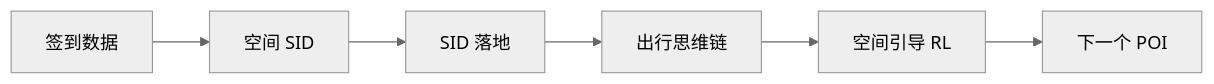
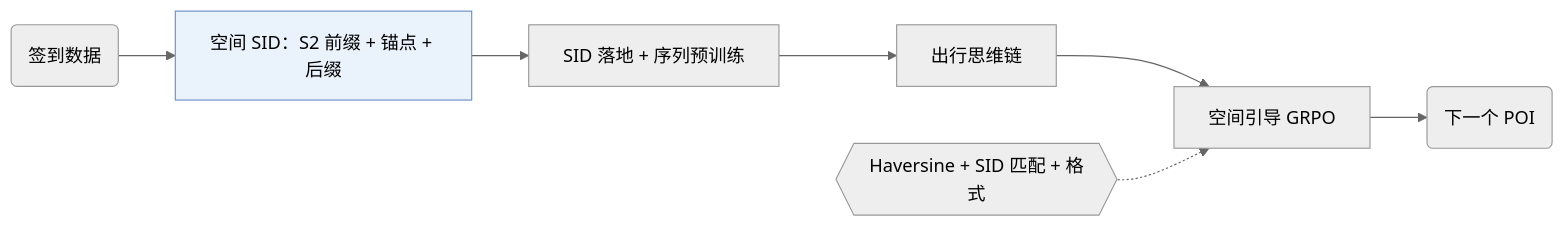
Before and after one commit to Galaxy-ghost/Awesome-SID-Generative-Rec: the first of 2 diagrams in notes/zh/ros.md, drawn with Mermaid (neutral theme). The commit also changed other lines of this file and 521 other files, not shown here.

Commit message:
writer-04 part 3: algorithm diagrams with shared shape conventions, README hero and paper cards, archive removed

````diff
--- a/notes/zh/ros.md
+++ b/notes/zh/ros.md
@@ -14,8 +14,10 @@
 ```mermaid
 flowchart LR
-    A[签到数据] --> B[空间 SID]
-    B --> C[SID 落地]
-    C --> D[出行思维链]
-    D --> E[空间引导 RL]
-    E --> F[下一个 POI]
+    A("签到数据") --> B["空间 SID：S2 前缀 + 锚点 + 后缀"]:::key
+    B --> C["SID 落地 + 序列预训练"]
+    C --> D["出行思维链"]
+    D --> E["空间引导 GRPO"]
+    L1{{"Haversine + SID 匹配 + 格式"}} -.-> E
+    E --> F("下一个 POI")
+    classDef key fill:#eaf2fb,stroke:#6b8fc7
 ```
````
